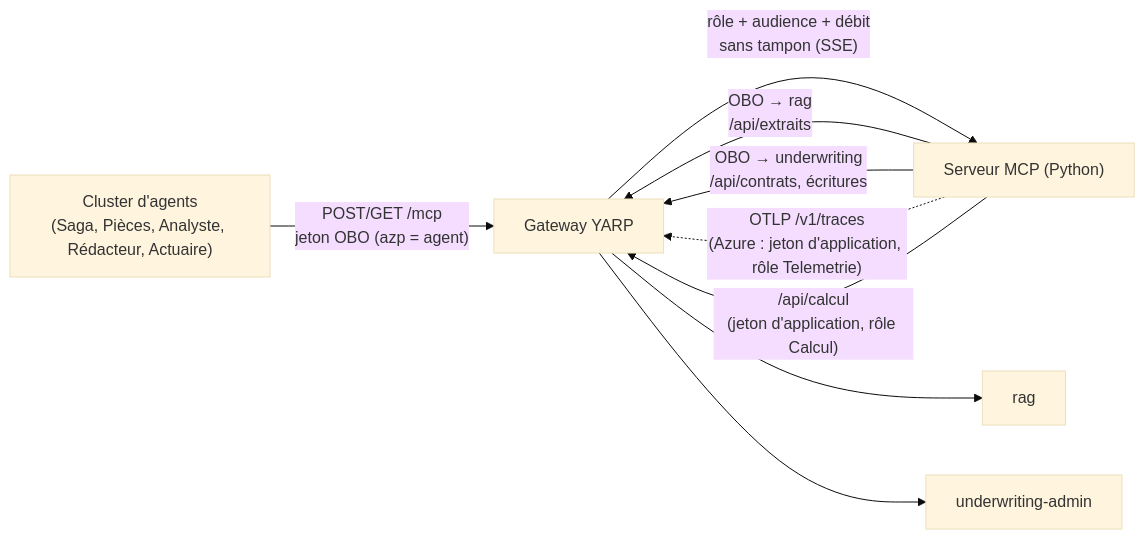
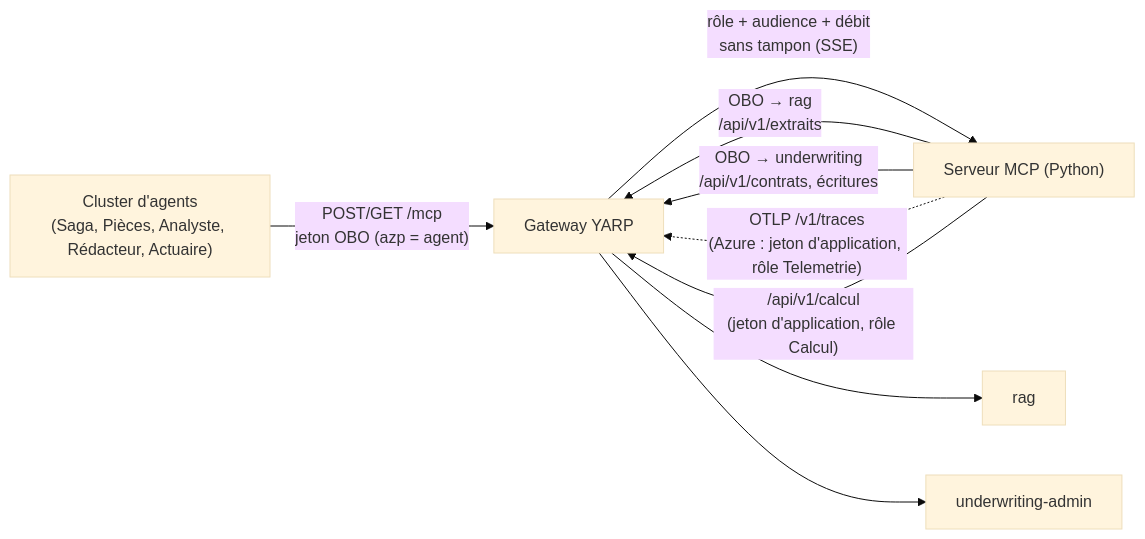
The diagram in serveur-mcp/README.md (acerolaz/agentinsurflow), drawn with Mermaid (base theme) before and after one commit. The commit also changed other lines of this file and 90 other files, not shown here.

````diff
--- a/serveur-mcp/README.md
+++ b/serveur-mcp/README.md
@@ -7,11 +7,11 @@
 ```mermaid
 flowchart LR
     CL["Cluster d'agents<br/>(Saga, Pièces, Analyste, Rédacteur, Actuaire)"] -->|"POST/GET /mcp<br/>jeton OBO (azp = agent)"| GW["Gateway YARP"]
     GW -->|"rôle + audience + débit<br/>sans tampon (SSE)"| MCP["Serveur MCP (Python)"]
-    MCP -->|"OBO → rag<br/>/api/extraits"| GW
-    MCP -->|"OBO → underwriting<br/>/api/contrats, écritures"| GW
+    MCP -->|"OBO → rag<br/>/api/v1/extraits"| GW
+    MCP -->|"OBO → underwriting<br/>/api/v1/contrats, écritures"| GW
     GW --> RAG["rag"]
     GW --> UW["underwriting-admin"]
     MCP -. "OTLP /v1/traces<br/>(Azure : jeton d'application, rôle Telemetrie)" .-> GW
-    MCP -->|"/api/calcul<br/>(jeton d'application, rôle Calcul)"| GW
+    MCP -->|"/api/v1/calcul<br/>(jeton d'application, rôle Calcul)"| GW
 ```
````
